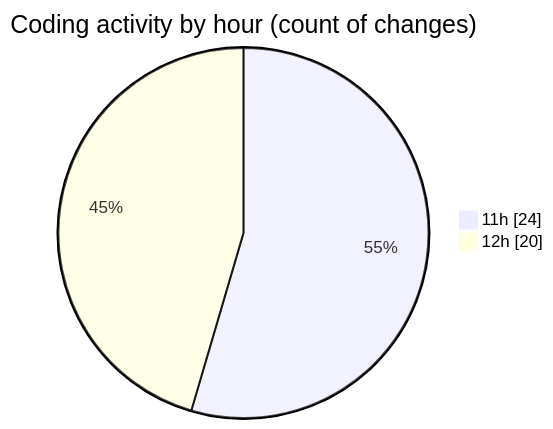
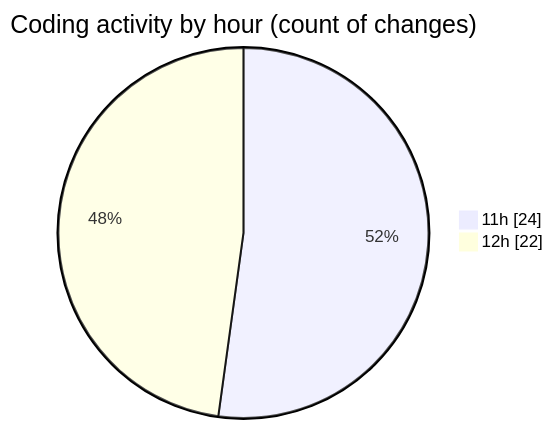
One commit to nxtqubesakshisongat/code-tracking changed the second of 2 diagrams in 2025-05-10/argos-dev/README.md. Above: the diagram before and after it, drawn with Mermaid. The commit also changed other lines of this file and 1 other file, not shown here.

````diff
--- a/2025-05-10/argos-dev/README.md
+++ b/2025-05-10/argos-dev/README.md
@@ -29,6 +29,6 @@
 ```mermaid
 pie showData
 title Coding activity by hour (count of changes)
 "11h" : 24
-"12h" : 20
+"12h" : 22
 ```
````
